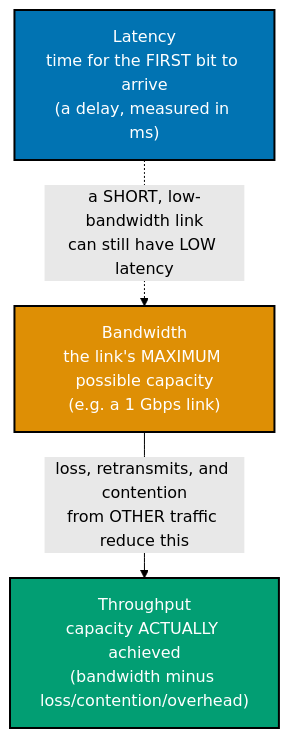
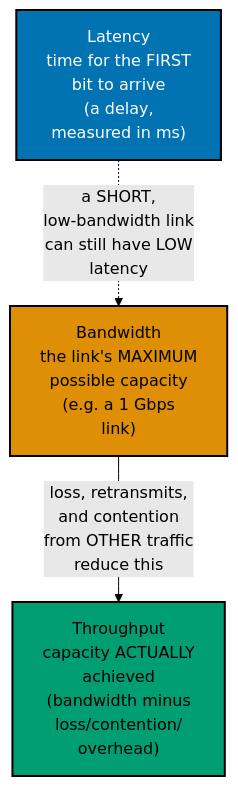
One commit to wahidyankf/ose-public changed the seventh of 9 diagrams in apps/ayokoding-www/content/en/learn/courses/advanced-networking/learning/advanced.md. Above: the diagram before and after it, drawn with Mermaid (forest theme). The commit also changed other lines of this file and 144 other files, not shown here.

First line of the commit message:
fix(mermaid): bring the first half of the courses diagrams onto the accessible palette

````diff
--- a/apps/ayokoding-www/content/en/learn/courses/advanced-networking/learning/advanced.md
+++ b/apps/ayokoding-www/content/en/learn/courses/advanced-networking/learning/advanced.md
@@ -1076,13 +1092,16 @@
 ```mermaid
 %% Color Palette: Blue #0173B2, Orange #DE8F05, Teal #029E73
 graph TD
-    A["Latency<br/>time for the FIRST bit to arrive<br/>#40;a delay, measured in ms#41;"]:::blue
-    B["Bandwidth<br/>the link's MAXIMUM possible capacity<br/>#40;e.g. a 1 Gbps link#41;"]:::orange
-    C["Throughput<br/>capacity ACTUALLY achieved<br/>#40;bandwidth minus loss/contention/overhead#41;"]:::teal
-    A -.->|"a SHORT, low-bandwidth link<br/>can still have LOW latency"| B
-    B -->|"loss, retransmits, and contention<br/>from OTHER traffic reduce this"| C
+    accTitle: Example 53: Latency vs. Bandwidth vs. Throughput -- Three Different Things, One Link
+    accDescr: Graph with 3 nodes and 2 connections. Nodes: Latency time for the FIRST bit to arrive 40a delay, measured in ms41, Bandwidth the links MAXIMUM possible capacity 40e.g. a 1 Gbps link41, Throughput capacity ACTUALLY achieved 40bandwidth minus loss/contention/ overhead41. Connections: Latency time for the FIRST bit to arrive 40a delay, measured in ms41 to Bandwidth the links MAXIMUM possible capacity 40e.g. a 1 Gbps link41 (a SHORT, low-bandwidth link can still have LOW latency), Bandwidth the links MAXIMUM possible capacity 40e.g. a 1 Gbps link41 to Throughput capacity ACTUALLY achieved 40bandwidth minus loss/contention/ overhead41 (loss, retransmits, and contention from OTHER traffic reduce this).
+    A["Latency<br/>time for the FIRST<br/>bit to arrive<br/>#40;a delay,<br/>measured in ms#41;"]:::blue
+    B["Bandwidth<br/>the link's MAXIMUM<br/>possible capacity<br/>#40;e.g. a 1 Gbps<br/>link#41;"]:::orange
+    C["Throughput<br/>capacity ACTUALLY<br/>achieved<br/>#40;bandwidth minus<br/>loss/contention/<br/>overhead#41;"]:::teal
+    A -.->|"a SHORT,<br/>low-bandwidth link<br/>can still have LOW<br/>latency"| B
+    B -->|"loss, retransmits,<br/>and contention<br/>from OTHER traffic<br/>reduce this"| C
 
     classDef blue fill:#0173B2,stroke:#000000,color:#FFFFFF,stroke-width:2px
-    classDef orange fill:#DE8F05,stroke:#000000,color:#FFFFFF,stroke-width:2px
-    classDef teal fill:#029E73,stroke:#000000,color:#FFFFFF,stroke-width:2px
+    classDef orange fill:#DE8F05,stroke:#000000,color:#000000,stroke-width:2px
+    classDef teal fill:#029E73,stroke:#000000,color:#000000,stroke-width:2px
+    classDef default fill:#FFFFFF,stroke:#000000,color:#000000
 ```
````
